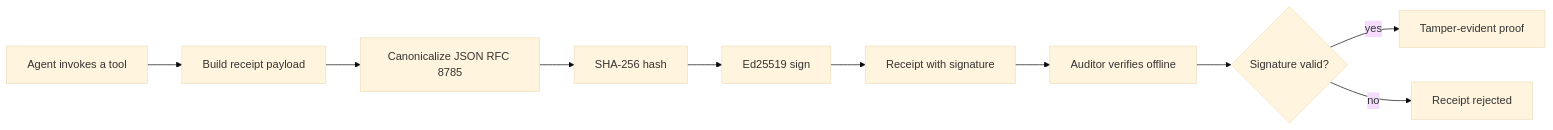
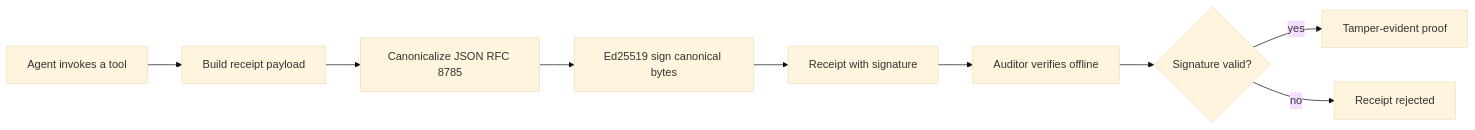
The first of 2 diagrams in mirrors/repos/microsoft@ai-agents-for-beginners/18-securing-ai-agents/README.md (gabrielmoreira/agent-skills-mirror), drawn with Mermaid (base theme) before and after one commit. The commit also changed other lines of this file and 3456 other files, not shown here.

````diff
--- a/mirrors/repos/microsoft@ai-agents-for-beginners/18-securing-ai-agents/README.md
+++ b/mirrors/repos/microsoft@ai-agents-for-beginners/18-securing-ai-agents/README.md
@@ -51,12 +51,11 @@
 ```mermaid
 flowchart LR
     A[Agent invokes a tool] --> B[Build receipt payload]
     B --> C[Canonicalize JSON RFC 8785]
-    C --> D[SHA-256 hash]
-    D --> E[Ed25519 sign]
+    C --> E[Ed25519 sign canonical bytes]
     E --> F[Receipt with signature]
     F --> G[Auditor verifies offline]
     G --> H{Signature valid?}
     H -- yes --> I[Tamper-evident proof]
     H -- no --> J[Receipt rejected]
 ```
````
